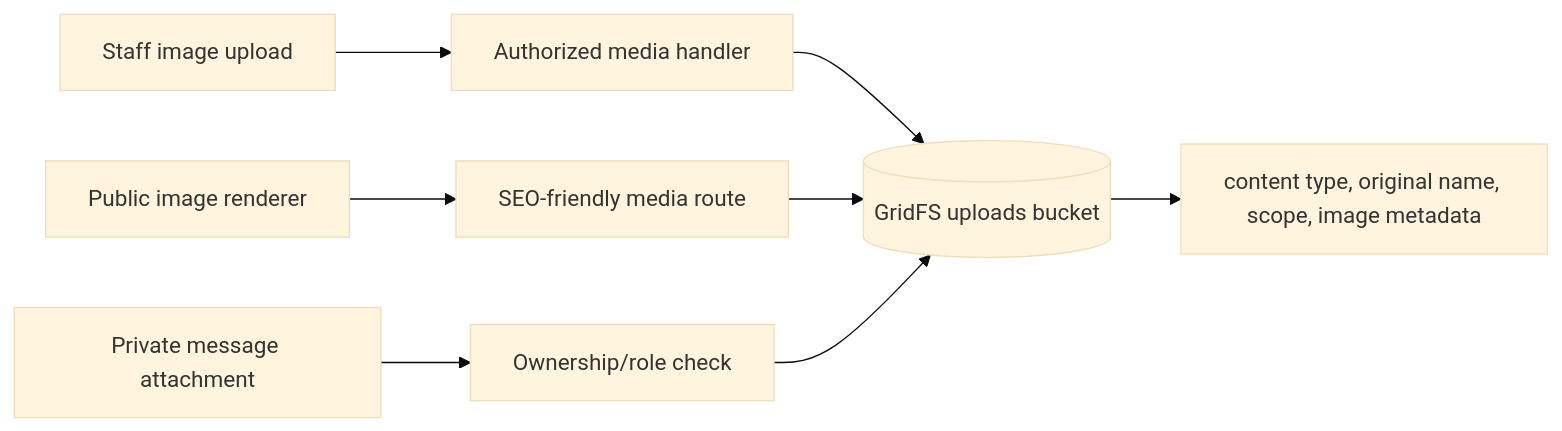
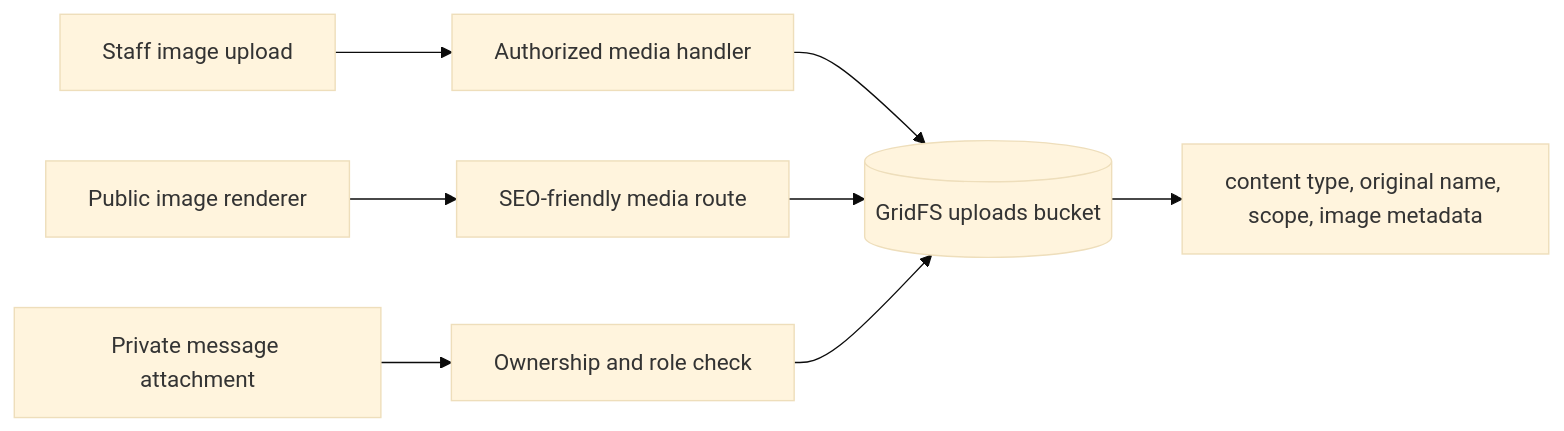
Before and after one commit to zakaria-akash/care-bangla-group-web-application: the fifth of 6 diagrams in README.md, drawn with Mermaid (base theme). The commit also changed other lines of this file and 9 other files, not shown here.

Commit message:
Refactor mermaid diagrams for improved clarity and consistency across documentation

````diff
--- a/README.md
+++ b/README.md
@@ -285,9 +268,9 @@
 ```mermaid
 flowchart LR
-  Upload[Staff image upload] --> AdminAPI[Authorized media handler]
-  AdminAPI --> Bucket[(GridFS uploads bucket)]
-  Bucket --> Meta[content type, original name, scope, image metadata]
-  Public[Public image renderer] --> Stream[SEO-friendly media route]
+  Upload["Staff image upload"] --> AdminAPI["Authorized media handler"]
+  AdminAPI --> Bucket[("GridFS uploads bucket")]
+  Bucket --> Meta["content type, original name, scope, image metadata"]
+  Public["Public image renderer"] --> Stream["SEO-friendly media route"]
   Stream --> Bucket
-  Message[Private message attachment] --> Protected[Ownership/role check] --> Bucket
+  Message["Private message attachment"] --> Protected["Ownership and role check"] --> Bucket
 ```
````
